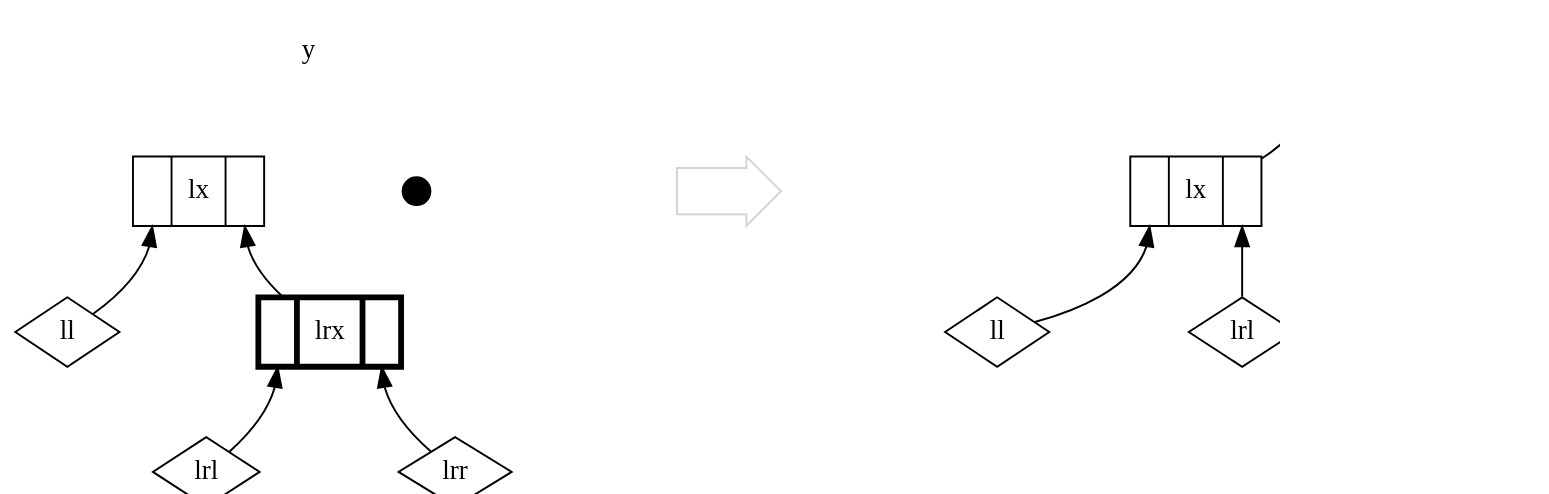
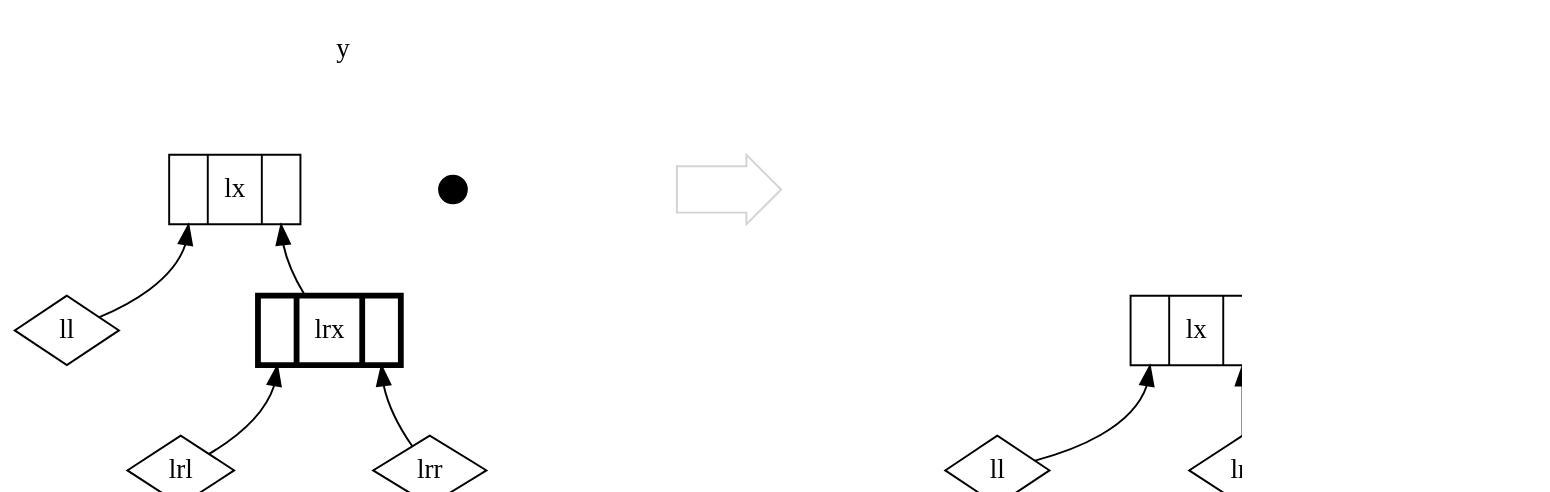
Before and after one commit to fommil/fpmortals: diagram 26 of 26 in manuscript/book.org, drawn with Graphviz. The commit also changed 1 other file, not shown here.

Commit message:
image formatting

```diff
--- a/manuscript/book.org
+++ b/manuscript/book.org
@@ -7721,52 +7721,47 @@
 #+BEGIN_SRC dot :cmd dot :file images/balanceL-5b.png :exports results
 digraph G {
     graph [dpi=100, rankdir=BT,nodesep=1];
     node [fontname=Hack];
     compound=true;
 
     subgraph case {
       y [label="y",color=white];
       left [shape=record, label="<left> | <y> lx | <right>"];
       right [shape=point,width=0.2];
       left -> y [style=invis];
       right -> y [style=invis];
       left_left [shape=diamond,label="ll"];
       left_right [shape=record, label="<left> | <y> lrx | <right>", penwidth=3];
       left_left -> left:left;
       left_right -> left:right;
       left_right_left [label="lrl",shape=diamond];
       left_right_right [label="lrr",shape=diamond];
       left_right_left -> left_right:left;
       left_right_right -> left_right:right;
     }
 
     goes_to [shape=rarrow,label="",color=lightgray];
     hack_2 [style=invis];
     hack_2 -> goes_to [style=invis];
     hack_3 [style=invis];
     hack_3 -> hack_2 [style=invis];
 
     subgraph case_ {
-#case Bin(lx, ll, lr @ Bin(lrx, lrl, lrr)) =>
-#  Bin(lrx, Bin(lx, ll, lrl), Bin(y, lrr, Tip()))
       y_ [shape=record,label="<left> | <y> lrx | <right>"];
       left_ [shape=record,label="<left> | <y> lx | <right>"];
       right_ [shape=record,label="<left> | <y> y | <right>"];
       left_ -> y_:left;
       right_ -> y_:right;
 
       left_left_ [shape=diamond,label="ll"];
       left_right_ [shape=diamond,label="lrl"];
       left_left_ -> left_:left;
       left_right_ -> left_:right;
 
       right_left_ [shape=diamond,label="lrr"];
       right_right_ [shape=point,width=0.2];
       right_left_ -> right_:left;
       right_right_ -> right_:right;
-
-      hack_ [style=invis];
-      hack_ -> right_right_ [style=invis];
     }
 }
 #+End_SRC
```
